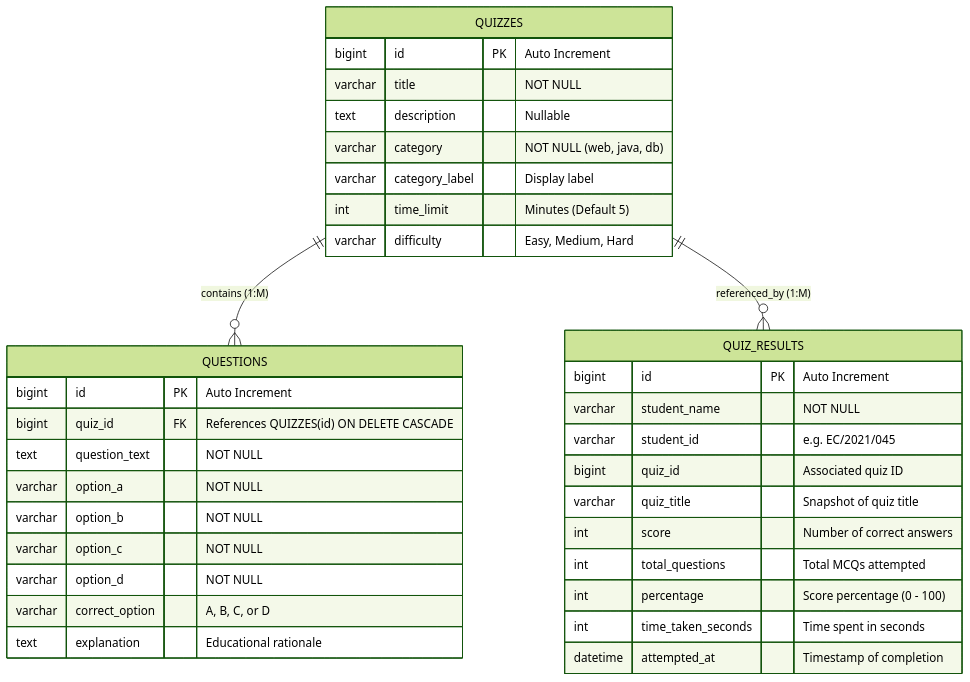
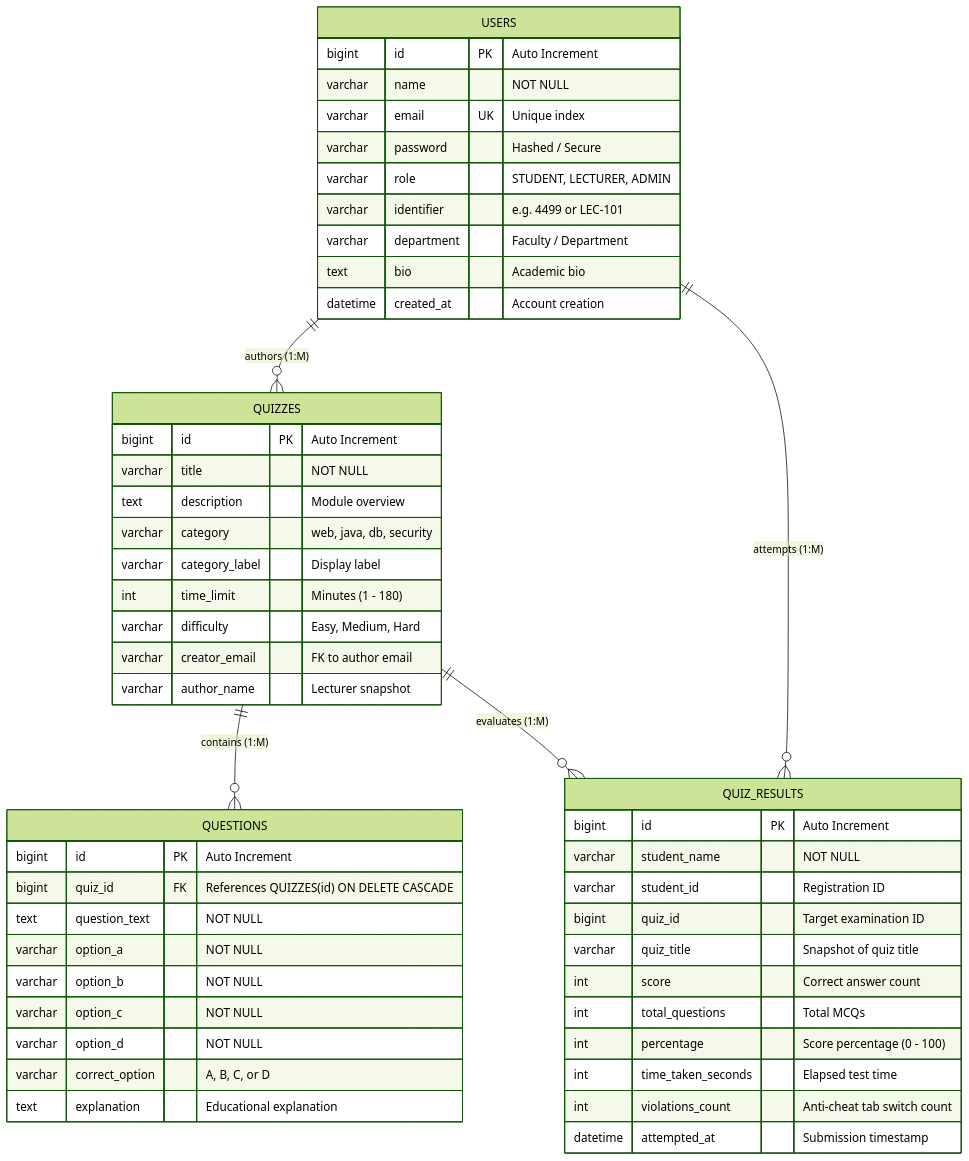
The diagram in Quiz/README.md (Ravindu200324511398/mcqquizmaster), drawn with Mermaid (forest theme) before and after one commit. The commit also changed other lines of this file and 1 other file, not shown here.

Commit message:
docs: add StageLink-style comprehensive README documentation with architecture, rubric alignment, 3NF ERD, and setup instructions

````diff
--- a/Quiz/README.md
+++ b/Quiz/README.md
@@ -37,40 +303,57 @@
 ```mermaid
 erDiagram
+    USERS ||--o{ QUIZZES : "authors (1:M)"
+    USERS ||--o{ QUIZ_RESULTS : "attempts (1:M)"
     QUIZZES ||--o{ QUESTIONS : "contains (1:M)"
-    QUIZZES ||--o{ QUIZ_RESULTS : "referenced_by (1:M)"
+    QUIZZES ||--o{ QUIZ_RESULTS : "evaluates (1:M)"
+
+    USERS {
+        bigint id PK "Auto Increment"
+        varchar name "NOT NULL"
+        varchar email UK "Unique index"
+        varchar password "Hashed / Secure"
+        varchar role "STUDENT, LECTURER, ADMIN"
+        varchar identifier "e.g. 4499 or LEC-101"
+        varchar department "Faculty / Department"
+        text bio "Academic bio"
+        datetime created_at "Account creation"
+    }
 
     QUIZZES {
         bigint id PK "Auto Increment"
         varchar title "NOT NULL"
-        text description "Nullable"
-        varchar category "NOT NULL (web, java, db)"
+        text description "Module overview"
+        varchar category "web, java, db, security"
         varchar category_label "Display label"
-        int time_limit "Minutes (Default 5)"
+        int time_limit "Minutes (1 - 180)"
         varchar difficulty "Easy, Medium, Hard"
+        varchar creator_email "FK to author email"
+        varchar author_name "Lecturer snapshot"
     }
 
     QUESTIONS {
         bigint id PK "Auto Increment"
         bigint quiz_id FK "References QUIZZES(id) ON DELETE CASCADE"
         text question_text "NOT NULL"
         varchar option_a "NOT NULL"
         varchar option_b "NOT NULL"
         varchar option_c "NOT NULL"
         varchar option_d "NOT NULL"
         varchar correct_option "A, B, C, or D"
-        text explanation "Educational rationale"
+        text explanation "Educational explanation"
     }
 
     QUIZ_RESULTS {
         bigint id PK "Auto Increment"
         varchar student_name "NOT NULL"
-        varchar student_id "e.g. EC/2021/045"
-        bigint quiz_id "Associated quiz ID"
+        varchar student_id "Registration ID"
+        bigint quiz_id "Target examination ID"
         varchar quiz_title "Snapshot of quiz title"
-        int score "Number of correct answers"
-        int total_questions "Total MCQs attempted"
+        int score "Correct answer count"
+        int total_questions "Total MCQs"
         int percentage "Score percentage (0 - 100)"
-        int time_taken_seconds "Time spent in seconds"
-        datetime attempted_at "Timestamp of completion"
+        int time_taken_seconds "Elapsed test time"
+        int violations_count "Anti-cheat tab switch count"
+        datetime attempted_at "Submission timestamp"
     }
 ```
````
